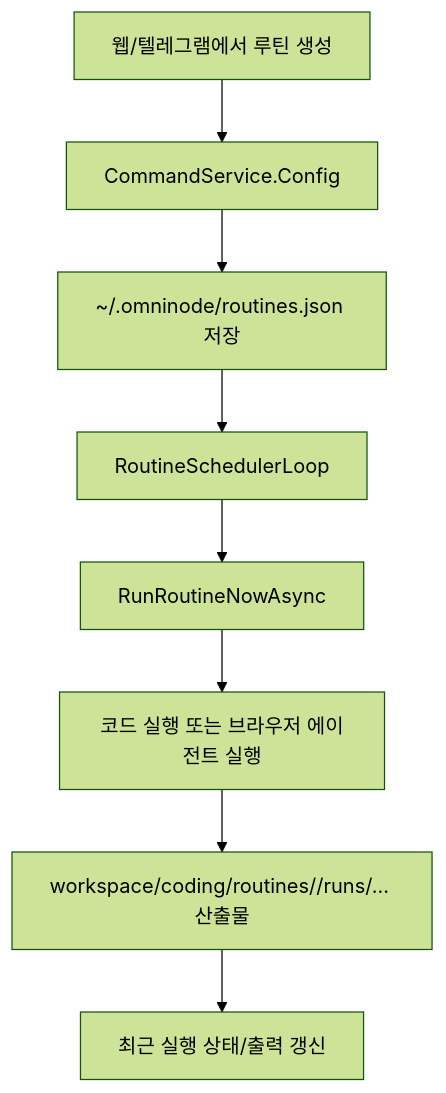
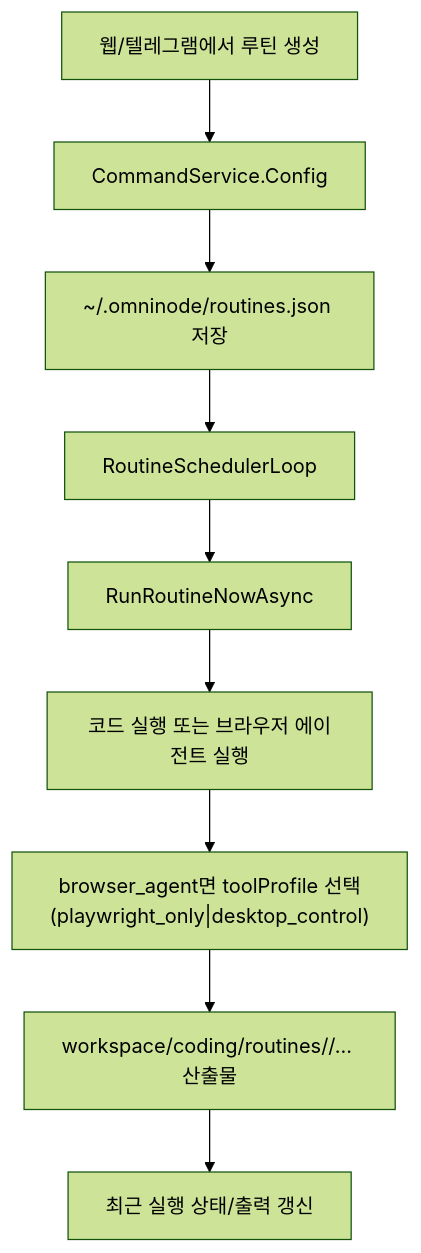
The eighth of 9 diagrams in docs/아키텍처_흐름.md (Tunelts3852/Omni-node), drawn with Mermaid (forest theme) before and after one commit. The commit also changed other lines of this file and 23 other files, not shown here.

Commit message:
Add desktop control profile for browser agent routines

````diff
--- a/docs/아키텍처_흐름.md
+++ b/docs/아키텍처_흐름.md
@@ -206,10 +206,11 @@
 ```mermaid
 flowchart TD
     UI["웹/텔레그램에서 루틴 생성"] --> CFG["CommandService.Config"]
     CFG --> STATE["~/.omninode/routines.json 저장"]
     STATE --> SCH["RoutineSchedulerLoop"]
     SCH --> RUN["RunRoutineNowAsync"]
     RUN --> EXEC["코드 실행 또는 브라우저 에이전트 실행"]
-    EXEC --> OUT["workspace/coding/routines/<id>/runs/... 산출물"]
+    EXEC --> PROFILE["browser_agent면 toolProfile 선택(playwright_only|desktop_control)"]
+    PROFILE --> OUT["workspace/coding/routines/<id>/... 산출물"]
     OUT --> NOTE["최근 실행 상태/출력 갱신"]
 ```
````
